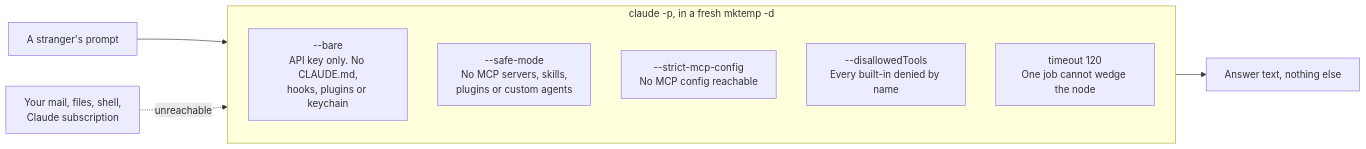
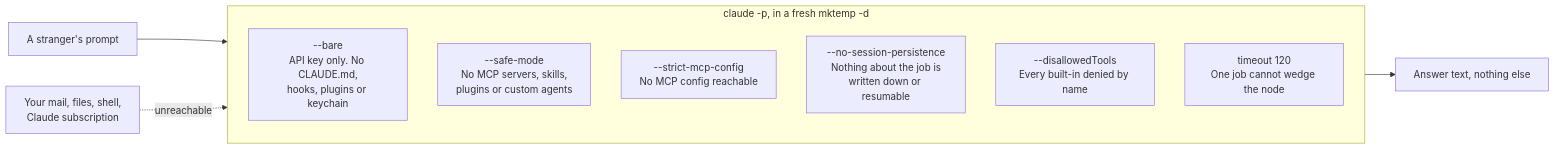
Before and after one commit to EnesYilmazcode/relaybee: the first of 2 diagrams in README.md, drawn with Mermaid. The commit also changed other lines of this file and 18 other files, not shown here.

````diff
--- a/README.md
+++ b/README.md
@@ -111,16 +121,17 @@
 ```mermaid
 flowchart LR
   P["A stranger's prompt"] --> G
 
   subgraph G ["claude -p, in a fresh mktemp -d"]
     direction TB
     B1["--bare<br/>API key only. No CLAUDE.md,<br/>hooks, plugins or keychain"]
     B2["--safe-mode<br/>No MCP servers, skills,<br/>plugins or custom agents"]
     B3["--strict-mcp-config<br/>No MCP config reachable"]
-    B4["--disallowedTools<br/>Every built-in denied by name"]
-    B5["timeout 120<br/>One job cannot wedge the node"]
+    B4["--no-session-persistence<br/>Nothing about the job is<br/>written down or resumable"]
+    B5["--disallowedTools<br/>Every built-in denied by name"]
+    B6["timeout 120<br/>One job cannot wedge the node"]
   end
 
   G --> A["Answer text, nothing else"]
   X["Your mail, files, shell,<br/>Claude subscription"] -. unreachable .-> G
 ```
````
